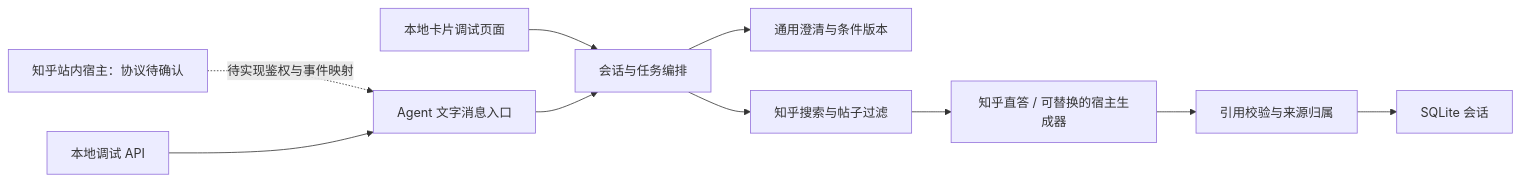
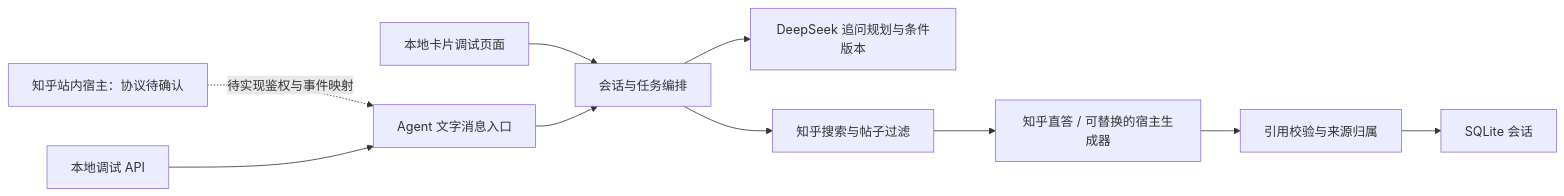
Before and after one commit to Alia0415/tanshan-agent: the diagram in docs/ARCHITECTURE.md, drawn with Mermaid. The commit also changed other lines of this file and 18 other files, not shown here.

Commit message:
feat: add DeepSeek contextual clarification with five-round limit

````diff
--- a/docs/ARCHITECTURE.md
+++ b/docs/ARCHITECTURE.md
@@ -5,12 +5,12 @@
 ```mermaid
 flowchart LR
   Host[知乎站内宿主：协议待确认] -. 待实现鉴权与事件映射 .-> Bridge[Agent 文字消息入口]
   Debug[本地调试 API] --> Bridge
   Cards[本地卡片调试页面] --> Runtime[会话与任务编排]
   Bridge --> Runtime
-  Runtime --> Rules[通用澄清与条件版本]
+  Runtime --> Rules[DeepSeek 追问规划与条件版本]
   Runtime --> Search[知乎搜索与帖子过滤]
   Search --> Generate[知乎直答 / 可替换的宿主生成器]
   Generate --> Evidence[引用校验与来源归属]
   Evidence --> Store[SQLite 会话]
 ```
````
